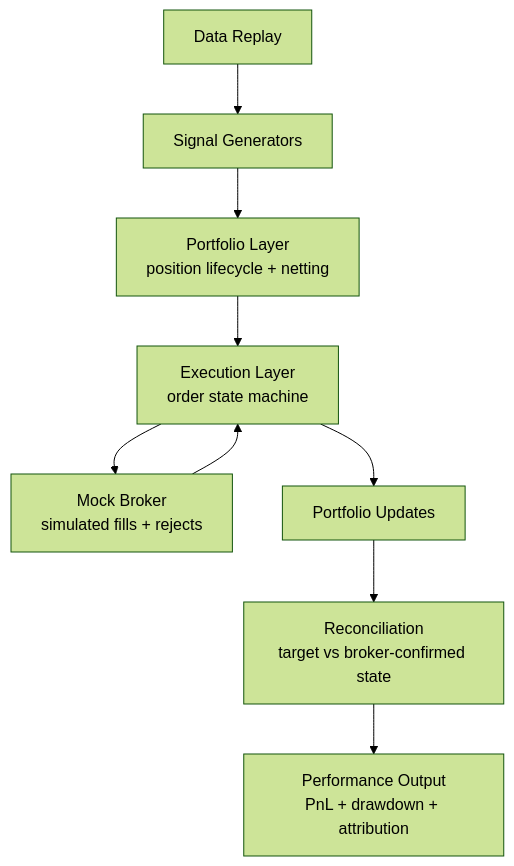
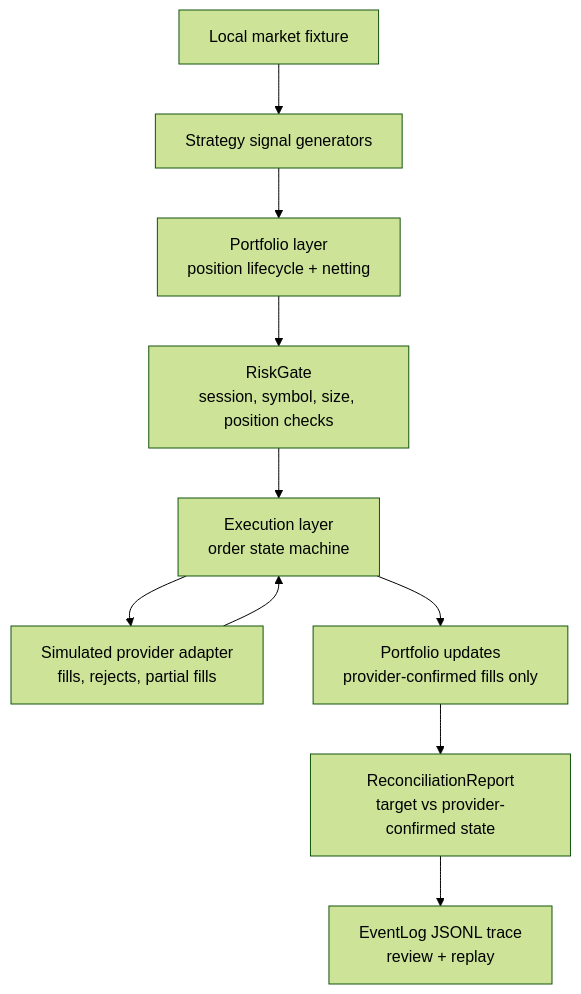
The diagram in README.md (JX-Shen/systematic-trading-infra-demo), drawn with Mermaid (forest theme) before and after one commit. The commit also changed other lines of this file and 24 other files, not shown here.

````diff
--- a/README.md
+++ b/README.md
@@ -50,11 +36,12 @@
 ```mermaid
 flowchart TD
-    A["Data Replay"] --> B["Signal Generators"]
-    B --> C["Portfolio Layer<br/>position lifecycle + netting"]
-    C --> D["Execution Layer<br/>order state machine"]
-    D --> E["Mock Broker<br/>simulated fills + rejects"]
-    E --> D
-    D --> F["Portfolio Updates"]
-    F --> G["Reconciliation<br/>target vs broker-confirmed state"]
-    G --> H["Performance Output<br/>PnL + drawdown + attribution"]
+    A["Local market fixture"] --> B["Strategy signal generators"]
+    B --> C["Portfolio layer<br/>position lifecycle + netting"]
+    C --> D["RiskGate<br/>session, symbol, size, position checks"]
+    D --> E["Execution layer<br/>order state machine"]
+    E --> F["Simulated provider adapter<br/>fills, rejects, partial fills"]
+    F --> E
+    E --> G["Portfolio updates<br/>provider-confirmed fills only"]
+    G --> H["ReconciliationReport<br/>target vs provider-confirmed state"]
+    H --> I["EventLog JSONL trace<br/>review + replay"]
 ```
````
